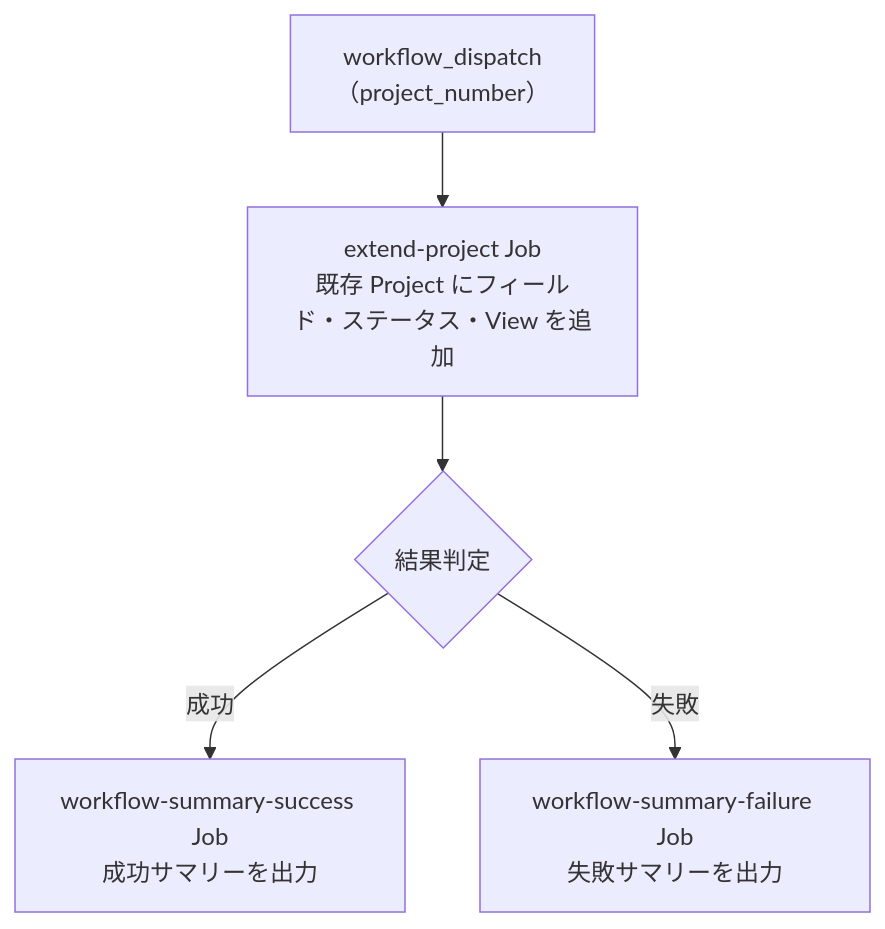
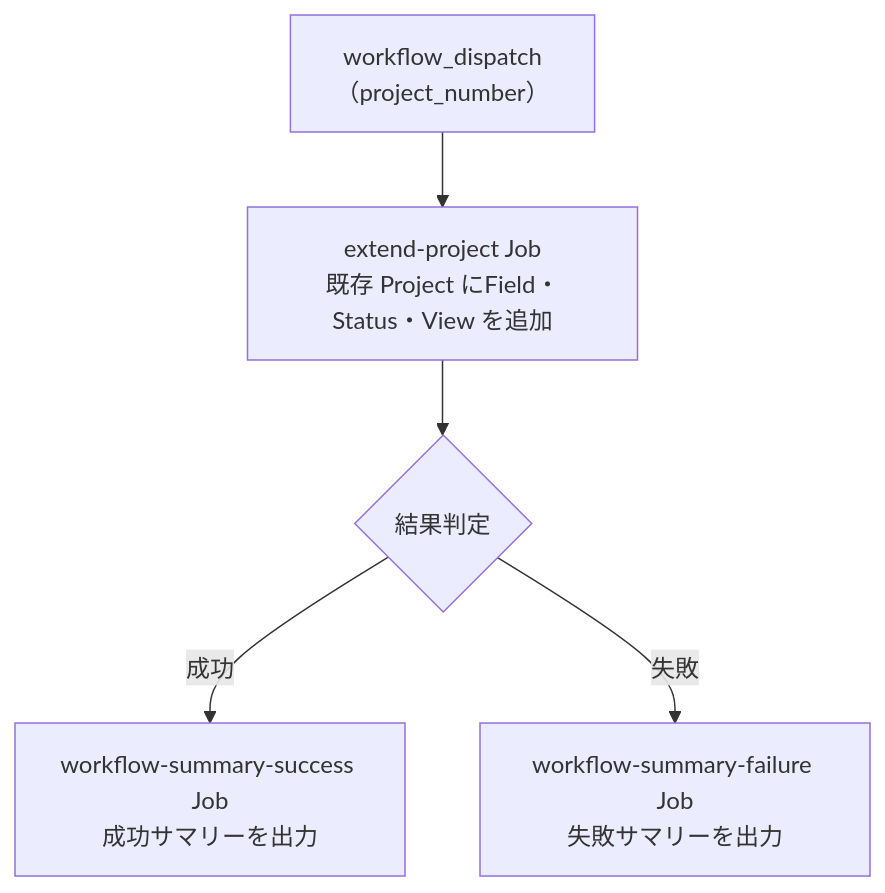
Before and after one commit to lurest-inc/github-projects-ops-kit: the diagram in docs/workflows/02-extend-project.md, drawn with Mermaid. The commit also changed other lines of this file and 23 other files, not shown here.

First line of the commit message:
docs: ラベル→Label, アイテム→Item, ステータス→Status, フィールド→Field の表記ゆれを是正

````diff
--- a/docs/workflows/02-extend-project.md
+++ b/docs/workflows/02-extend-project.md
@@ -47,7 +47,7 @@
 ```mermaid
 flowchart TD
-    A["workflow_dispatch\n（project_number）"] --> B["extend-project Job\n既存 Project にフィールド・ステータス・View を追加"]
+    A["workflow_dispatch\n（project_number）"] --> B["extend-project Job\n既存 Project にField・Status・View を追加"]
     B --> C{"結果判定"}
     C -- "成功" --> D["workflow-summary-success Job\n成功サマリーを出力"]
     C -- "失敗" --> E["workflow-summary-failure Job\n失敗サマリーを出力"]
 ```
````
